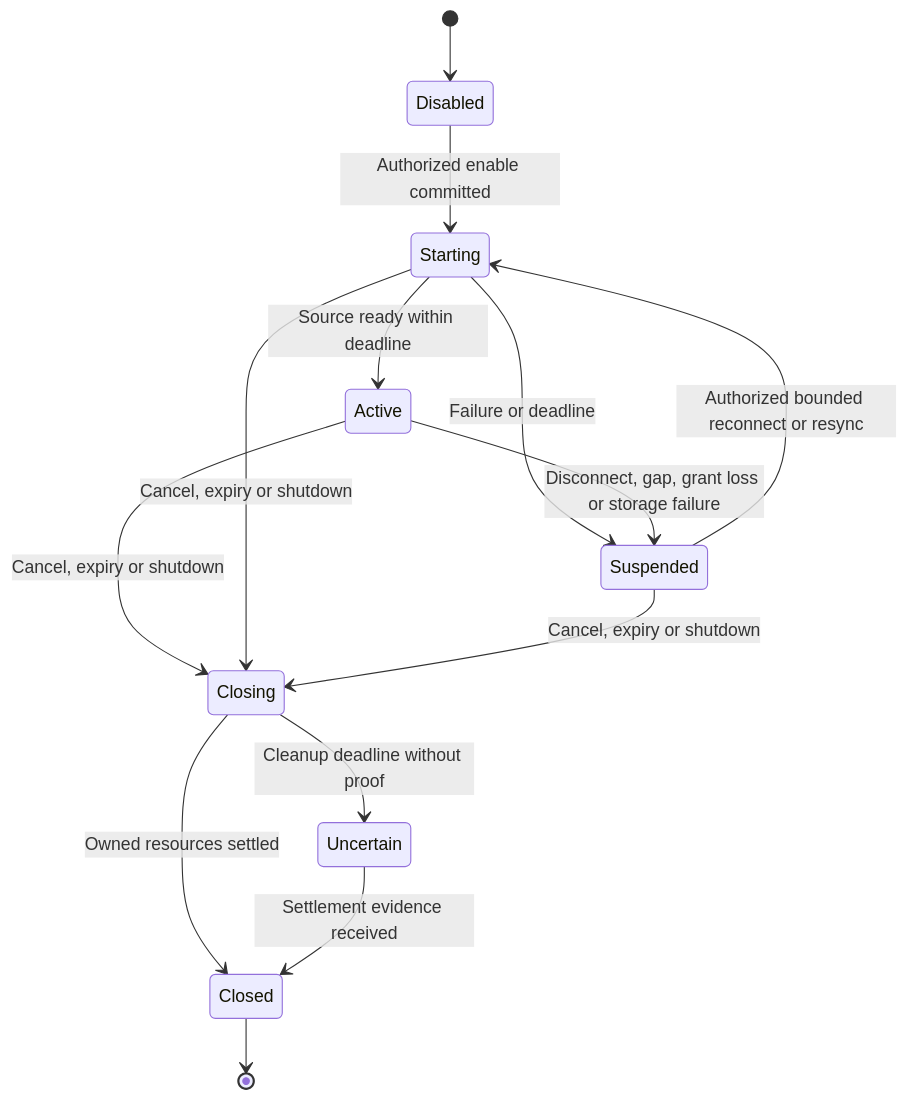
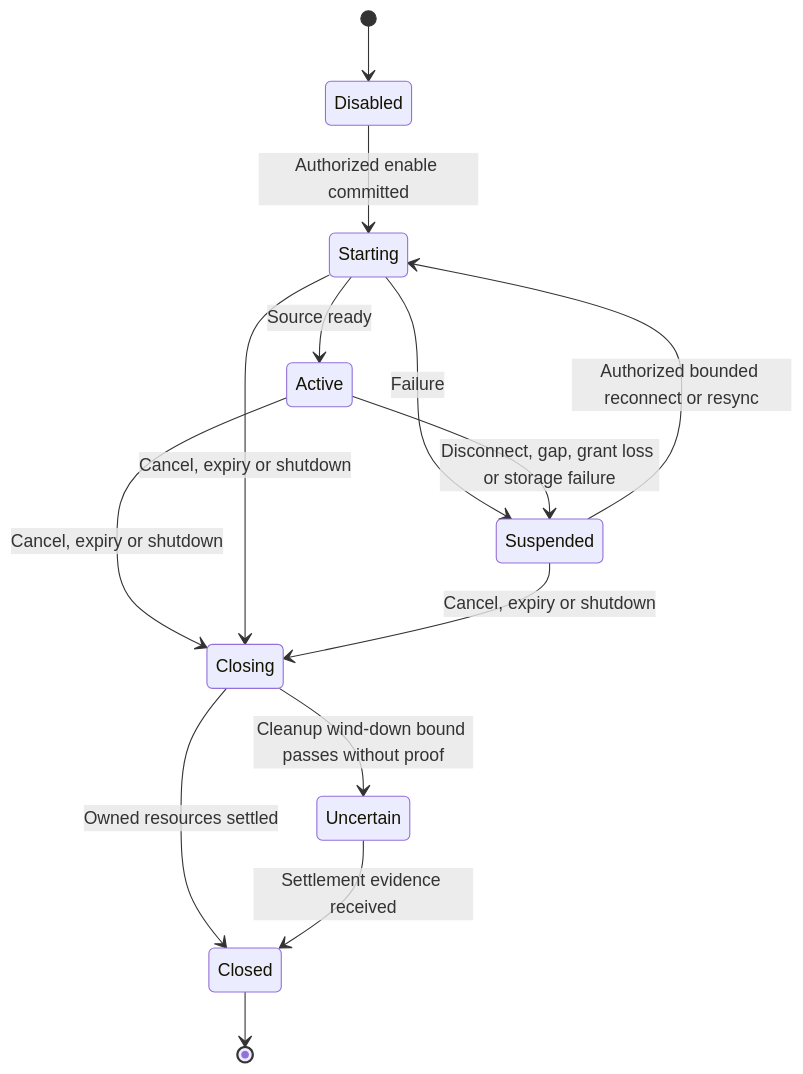
The sixth of 11 diagrams in docs/designs/sensors.md (pidster/asura), drawn with Mermaid before and after one commit. The commit also changed other lines of this file and 39 other files, not shown here.

````diff
--- a/docs/designs/sensors.md
+++ b/docs/designs/sensors.md
@@ -273,16 +281,16 @@
 ```mermaid
 stateDiagram-v2
     [*] --> Disabled
     Disabled --> Starting: Authorized enable committed
-    Starting --> Active: Source ready within deadline
-    Starting --> Suspended: Failure or deadline
+    Starting --> Active: Source ready
+    Starting --> Suspended: Failure
     Active --> Suspended: Disconnect, gap, grant loss or storage failure
     Suspended --> Starting: Authorized bounded reconnect or resync
     Active --> Closing: Cancel, expiry or shutdown
     Starting --> Closing: Cancel, expiry or shutdown
     Suspended --> Closing: Cancel, expiry or shutdown
     Closing --> Closed: Owned resources settled
-    Closing --> Uncertain: Cleanup deadline without proof
+    Closing --> Uncertain: Cleanup wind-down bound passes without proof
     Uncertain --> Closed: Settlement evidence received
     Closed --> [*]
 ```
````
